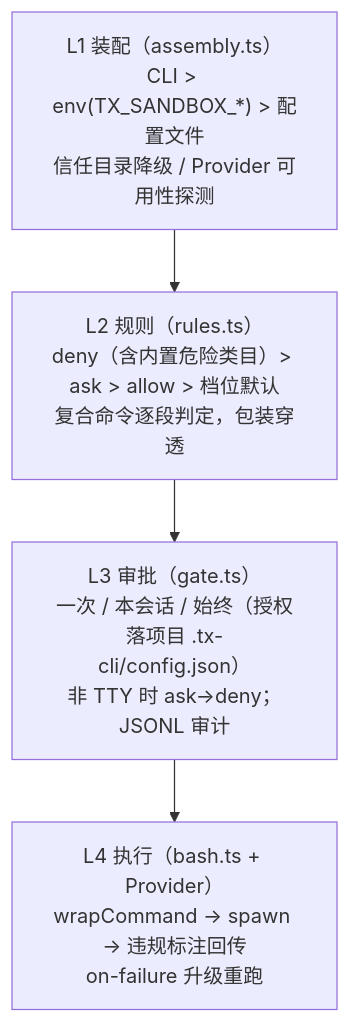
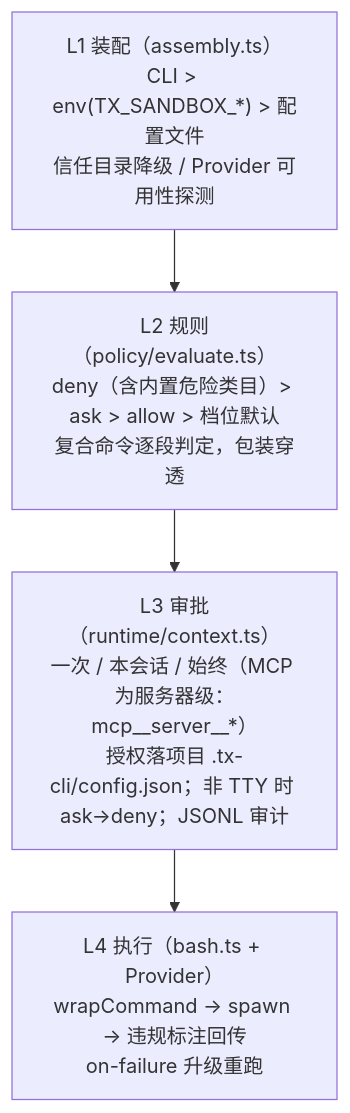
One commit to tanyueran/tx-cli changed the third of 3 diagrams in ARCHITECTURE.md. Above: the diagram before and after it, drawn with Mermaid. The commit also changed other lines of this file and 32 other files, not shown here.

````diff
--- a/ARCHITECTURE.md
+++ b/ARCHITECTURE.md
@@ -177,8 +187,8 @@
 ```mermaid
 flowchart TD
     L1["L1 装配（assembly.ts）<br/>CLI > env(TX_SANDBOX_*) > 配置文件<br/>信任目录降级 / Provider 可用性探测"]
-    L2["L2 规则（rules.ts）<br/>deny（含内置危险类目）> ask > allow > 档位默认<br/>复合命令逐段判定，包装穿透"]
-    L3["L3 审批（gate.ts）<br/>一次 / 本会话 / 始终（授权落项目 .tx-cli/config.json）<br/>非 TTY 时 ask→deny；JSONL 审计"]
+    L2["L2 规则（policy/evaluate.ts）<br/>deny（含内置危险类目）> ask > allow > 档位默认<br/>复合命令逐段判定，包装穿透"]
+    L3["L3 审批（runtime/context.ts）<br/>一次 / 本会话 / 始终（MCP 为服务器级：mcp__server__*）<br/>授权落项目 .tx-cli/config.json；非 TTY 时 ask→deny；JSONL 审计"]
     L4["L4 执行（bash.ts + Provider）<br/>wrapCommand → spawn → 违规标注回传<br/>on-failure 升级重跑"]
     L1 --> L2 --> L3 --> L4
 ```
````
